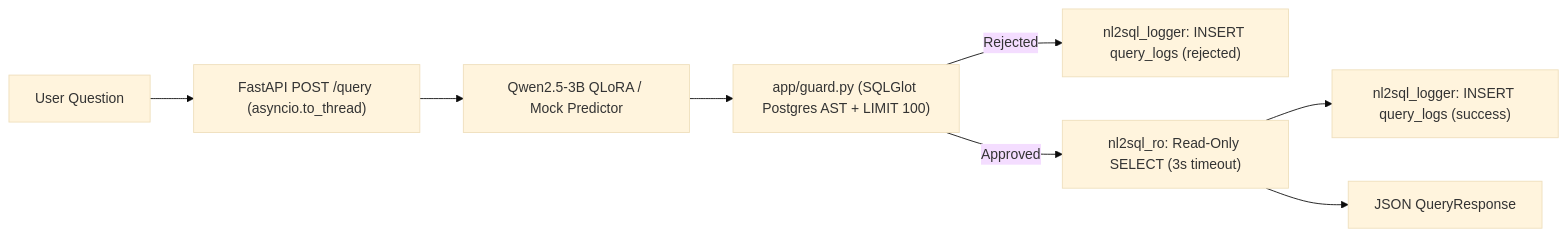
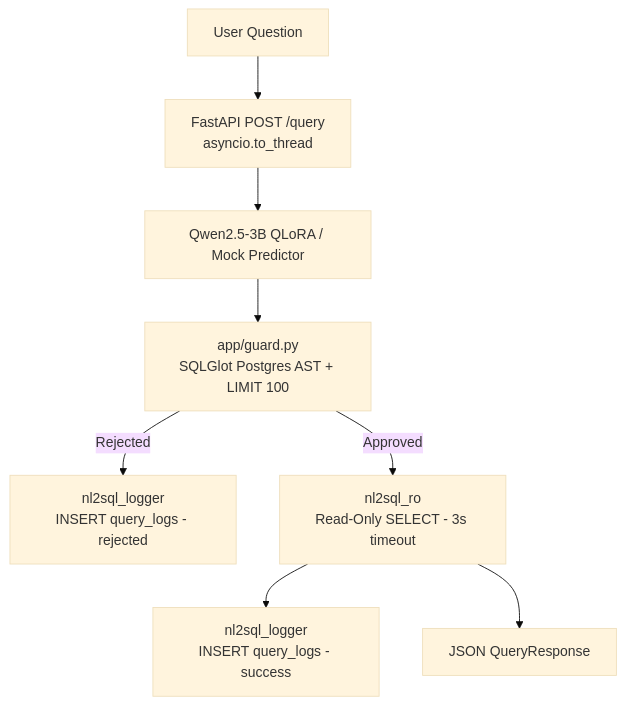
Before and after one commit to yassinelaabidi0/nl2sql-qlora-api: the diagram in README.md, drawn with Mermaid (base theme).

Commit message:
Change flowchart direction from LR to TD
Updated flowchart direction and formatting in the README.

````diff
--- a/README.md
+++ b/README.md
@@ -7,10 +7,10 @@
 ```mermaid
-flowchart LR
-    Q["User Question"] --> API["FastAPI POST /query (asyncio.to_thread)"]
+flowchart TD
+    Q["User Question"] --> API["FastAPI POST /query<br/>asyncio.to_thread"]
     API --> LLM["Qwen2.5-3B QLoRA / Mock Predictor"]
-    LLM --> Guard["app/guard.py (SQLGlot Postgres AST + LIMIT 100)"]
-    Guard -->|Rejected| Audit["nl2sql_logger: INSERT query_logs (rejected)"]
-    Guard -->|Approved| RO["nl2sql_ro: Read-Only SELECT (3s timeout)"]
-    RO --> AuditOK["nl2sql_logger: INSERT query_logs (success)"]
+    LLM --> Guard["app/guard.py<br/>SQLGlot Postgres AST + LIMIT 100"]
+    Guard -- Rejected --> Audit["nl2sql_logger<br/>INSERT query_logs - rejected"]
+    Guard -- Approved --> RO["nl2sql_ro<br/>Read-Only SELECT - 3s timeout"]
+    RO --> AuditOK["nl2sql_logger<br/>INSERT query_logs - success"]
     RO --> Resp["JSON QueryResponse"]
 ```
````
